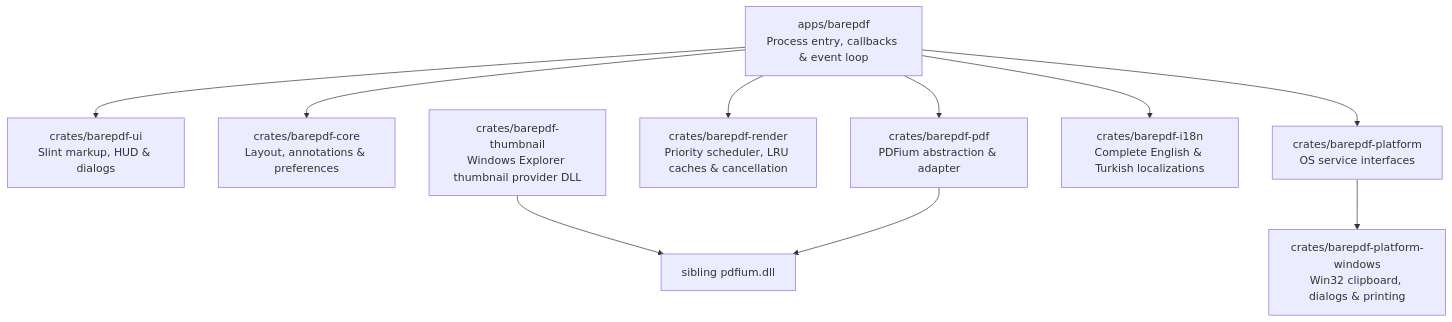
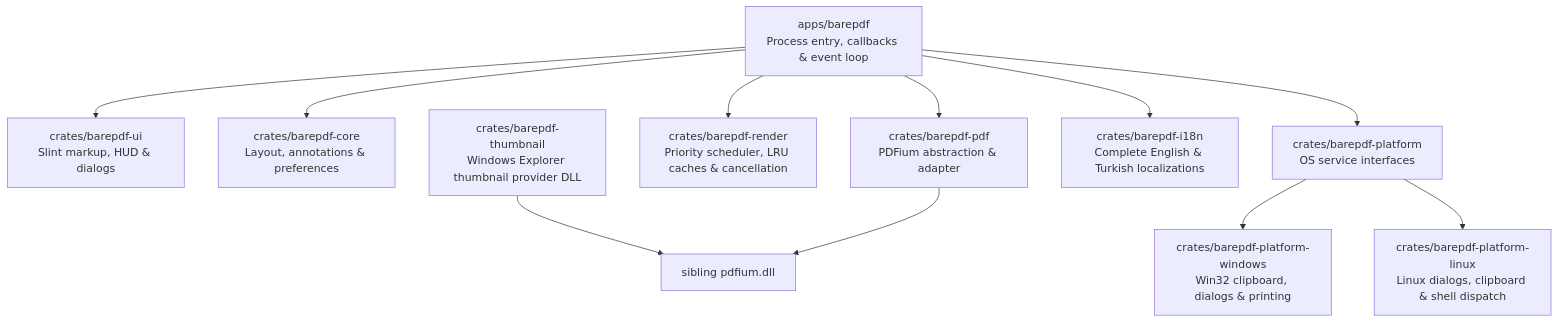
The diagram in README.md (Woffluon/BarePDF), drawn with Mermaid before and after one commit. The commit also changed other lines of this file and 22 other files, not shown here.

````diff
--- a/README.md
+++ b/README.md
@@ -202,12 +202,13 @@
 ```mermaid
 flowchart TD
     APP["apps/barepdf<br/>Process entry, callbacks & event loop"] --> UI["crates/barepdf-ui<br/>Slint markup, HUD & dialogs"]
     APP --> CORE["crates/barepdf-core<br/>Layout, annotations & preferences"]
     APP --> PDF["crates/barepdf-pdf<br/>PDFium abstraction & adapter"]
     APP --> RENDER["crates/barepdf-render<br/>Priority scheduler, LRU caches & cancellation"]
     APP --> PLATFORM["crates/barepdf-platform<br/>OS service interfaces"]
     PLATFORM --> WIN["crates/barepdf-platform-windows<br/>Win32 clipboard, dialogs & printing"]
+    PLATFORM --> LIN["crates/barepdf-platform-linux<br/>Linux dialogs, clipboard & shell dispatch"]
     APP --> I18N["crates/barepdf-i18n<br/>Complete English & Turkish localizations"]
     THUMB["crates/barepdf-thumbnail<br/>Windows Explorer thumbnail provider DLL"] --> PDFIUM["sibling pdfium.dll"]
     PDF --> PDFIUM
 ```
````
